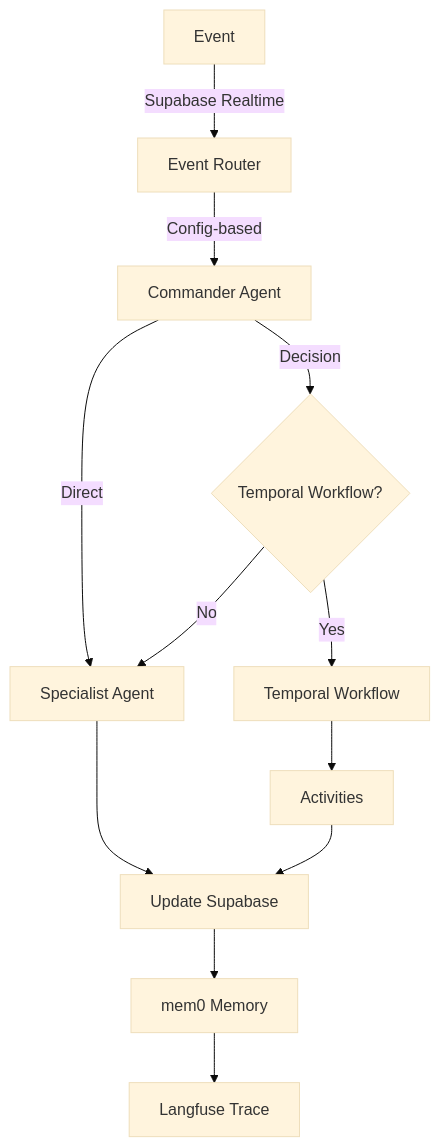
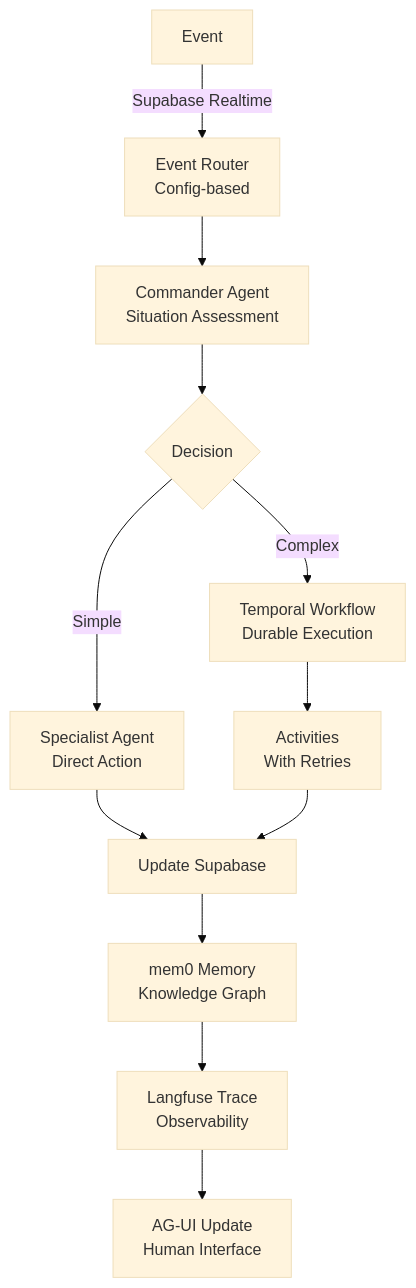
Before and after one commit to DealExMachina/evergreen-dragon-os: the second of 2 diagrams in README.md, drawn with Mermaid (base theme). The commit also changed other lines of this file, not shown here.

````diff
--- a/README.md
+++ b/README.md
@@ -94,14 +175,14 @@
 ```mermaid
 graph TD
-    A[Event] -->|Supabase Realtime| B[Event Router]
-    B -->|Config-based| C[Commander Agent]
-    C -->|Decision| D{Temporal Workflow?}
-    C -->|Direct| E[Specialist Agent]
-    D -->|Yes| F[Temporal Workflow]
-    D -->|No| E
-    F --> G[Activities]
-    E --> H[Update Supabase]
+    A[Event] -->|Supabase Realtime| B[Event Router<br/>Config-based]
+    B --> C[Commander Agent<br/>Situation Assessment]
+    C --> D{Decision}
+    D -->|Complex| E[Temporal Workflow<br/>Durable Execution]
+    D -->|Simple| F[Specialist Agent<br/>Direct Action]
+    E --> G[Activities<br/>With Retries]
+    F --> H[Update Supabase]
     G --> H
-    H --> I[mem0 Memory]
-    I --> J[Langfuse Trace]
+    H --> I[mem0 Memory<br/>Knowledge Graph]
+    I --> J[Langfuse Trace<br/>Observability]
+    J --> K[AG-UI Update<br/>Human Interface]
 ```
````
